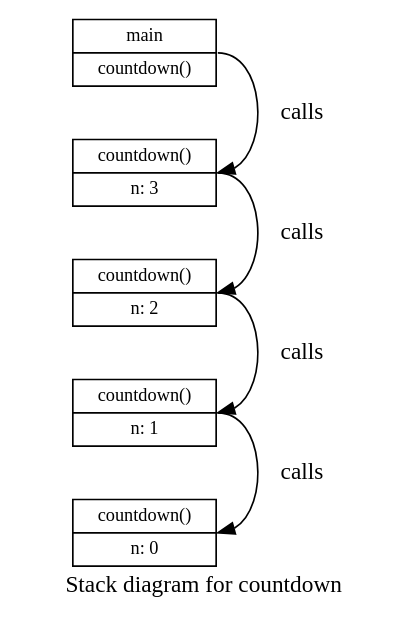
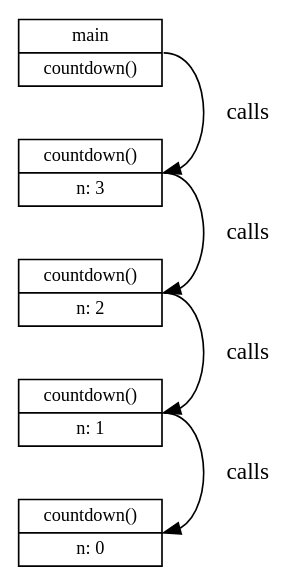
Before and after one commit to DaveParillo/cisc192-reader: the diagram in src/chapter6/stack-diagrams.rst, drawn with Graphviz. The commit also changed other lines of this file and 20 other files, not shown here.

```diff
--- a/src/chapter6/stack-diagrams.rst
+++ b/src/chapter6/stack-diagrams.rst
@@ -16,21 +17,21 @@
 .. digraph:: stack
+   :name: fig_countdown_stack
+   :caption: Stack diagram for countdown
+   :alt: stack diagram showing countdown stack frames
    :align: center
-   :alt: Stack diagram for countdown
 
    fontname = "Bitstream Vera Sans"
-   label="Stack diagram for countdown";
-   labelloc=bottom;
    ranksep=0.1
 
    node [
       fontname = "Bitstream Vera Sans"
       fontsize = 11
       shape=record
       fillcolor=lightblue
    ]
    d [label="{countdown()|{ n: 0 }}"]
    c [label="{countdown()|{n: 1}}"]
    b [label="{countdown()|{n: 2}}"]
    a [label="{countdown()|{n: 3}}"]
    main [label="{main|{countdown()}}"]
    main:e -> a:e -> b:e -> c:e -> d:e [label="   calls"]
```
